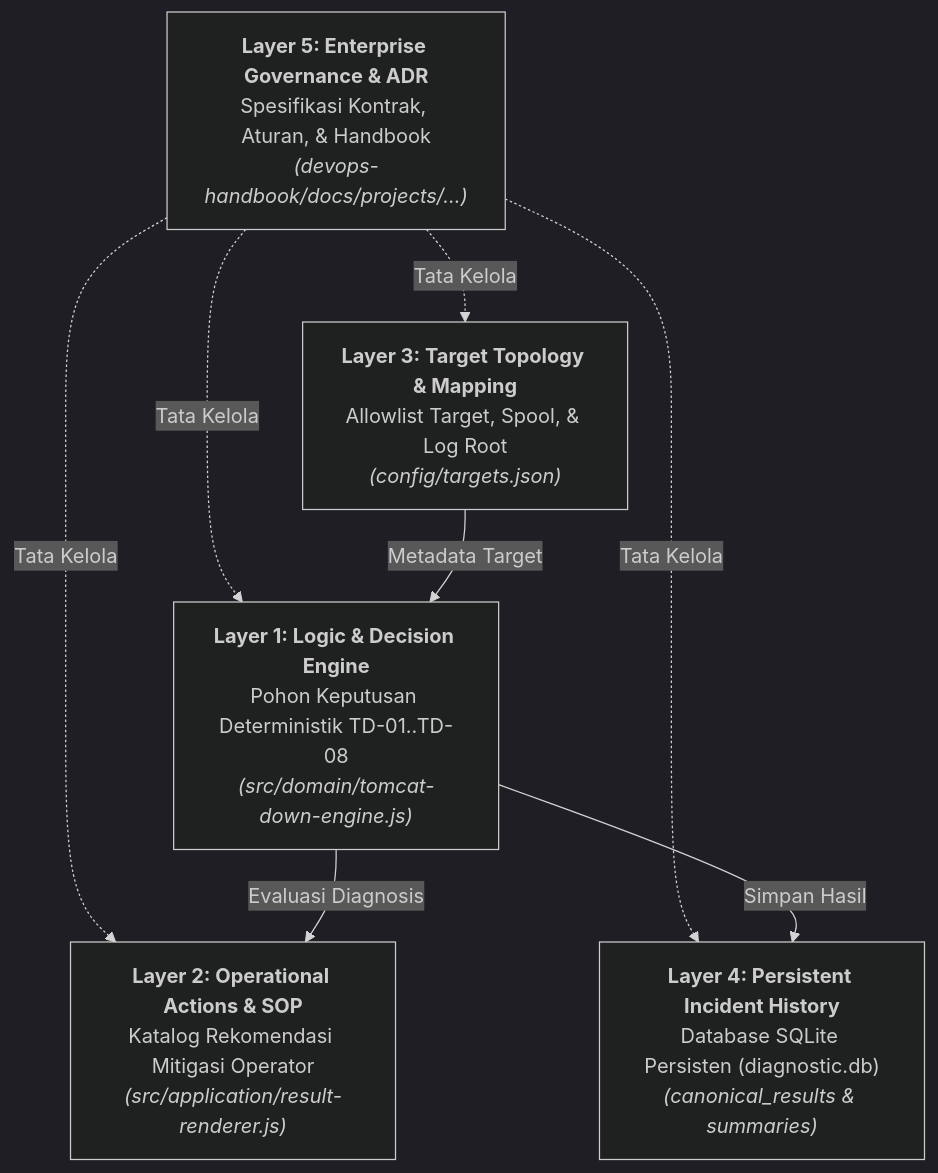
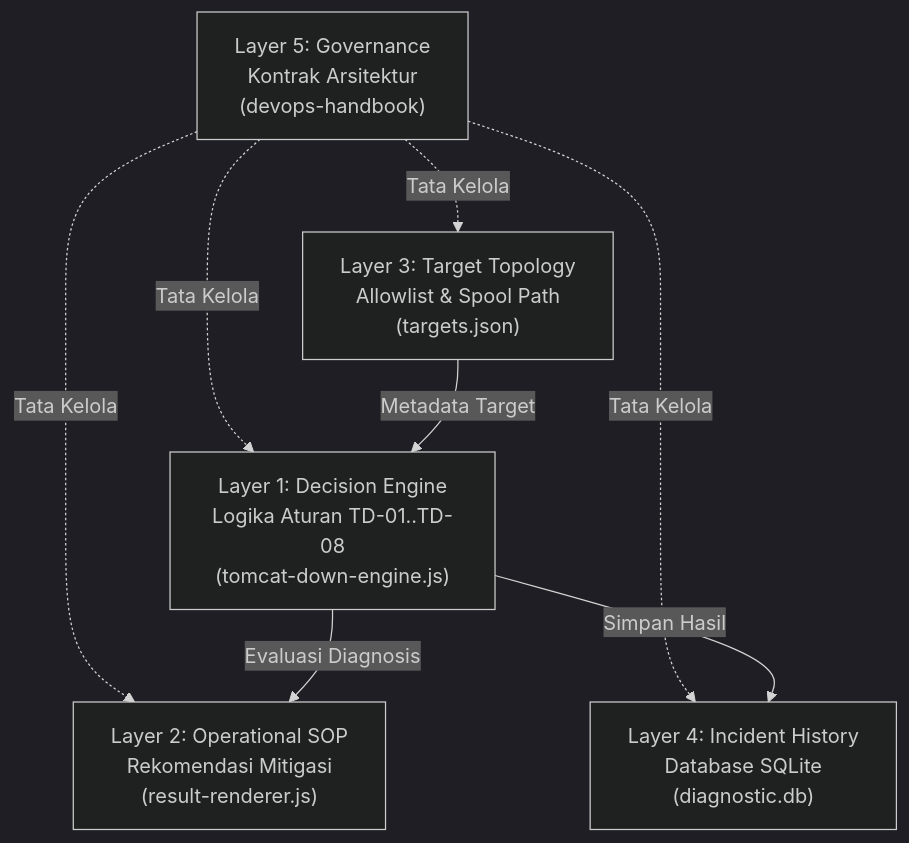
The first of 3 diagrams in docs/projects/tomcat-monitoring/diagnostic-mvp/knowledge-base-and-ai-enrichment-architecture.md (edkas07-oss/devops-handbook), drawn with Mermaid (dark theme) before and after one commit.

Commit message:
docs(architecture): compact node labels in 5-Layer Knowledge Base diagram

````diff
--- a/docs/projects/tomcat-monitoring/diagnostic-mvp/knowledge-base-and-ai-enrichment-architecture.md
+++ b/docs/projects/tomcat-monitoring/diagnostic-mvp/knowledge-base-and-ai-enrichment-architecture.md
@@ -13,17 +13,17 @@
 ```mermaid
 flowchart TD
-    L5["<b>Layer 5: Enterprise Governance & ADR</b><br/>Spesifikasi Kontrak, Aturan, & Handbook<br/><i>(devops-handbook/docs/projects/...)</i>"]
+    L5["Layer 5: Governance<br/>Kontrak Arsitektur<br/>(devops-handbook)"]
+    L3["Layer 3: Target Topology<br/>Allowlist & Spool Path<br/>(targets.json)"]
+    L1["Layer 1: Decision Engine<br/>Logika Aturan TD-01..TD-08<br/>(tomcat-down-engine.js)"]
+    L2["Layer 2: Operational SOP<br/>Rekomendasi Mitigasi<br/>(result-renderer.js)"]
+    L4["Layer 4: Incident History<br/>Database SQLite<br/>(diagnostic.db)"]
+
+    L5 -.->|"Tata Kelola"| L3
+    L5 -.->|"Tata Kelola"| L1
+    L5 -.->|"Tata Kelola"| L2
+    L5 -.->|"Tata Kelola"| L4
     
-    L3["<b>Layer 3: Target Topology & Mapping</b><br/>Allowlist Target, Spool, & Log Root<br/><i>(config/targets.json)</i>"]
-    
-    L1["<b>Layer 1: Logic & Decision Engine</b><br/>Pohon Keputusan Deterministik TD-01..TD-08<br/><i>(src/domain/tomcat-down-engine.js)</i>"]
-    
-    L2["<b>Layer 2: Operational Actions & SOP</b><br/>Katalog Rekomendasi Mitigasi Operator<br/><i>(src/application/result-renderer.js)</i>"]
-    
-    L4["<b>Layer 4: Persistent Incident History</b><br/>Database SQLite Persisten (diagnostic.db)<br/><i>(canonical_results & summaries)</i>"]
-
-    L5 -.->|"Tata Kelola"| L3 & L1 & L2 & L4
     L3 -->|"Metadata Target"| L1
     L1 -->|"Evaluasi Diagnosis"| L2
     L1 -->|"Simpan Hasil"| L4
 ```
````
